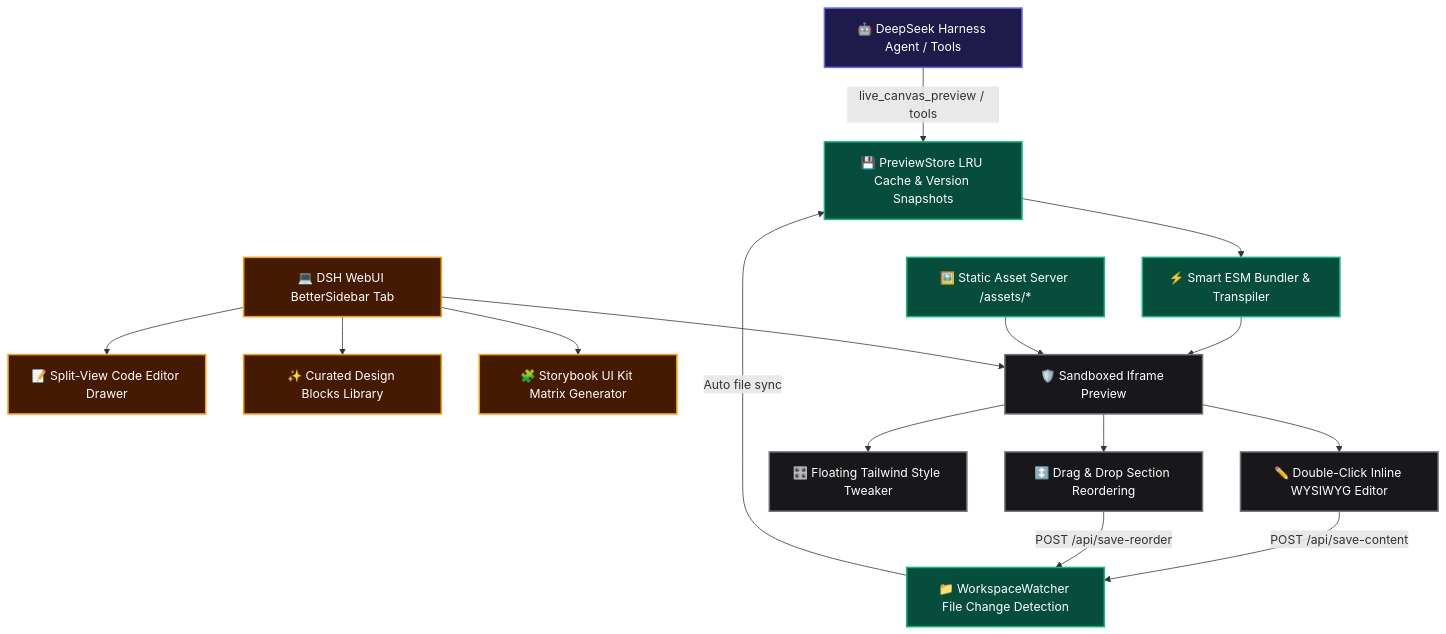
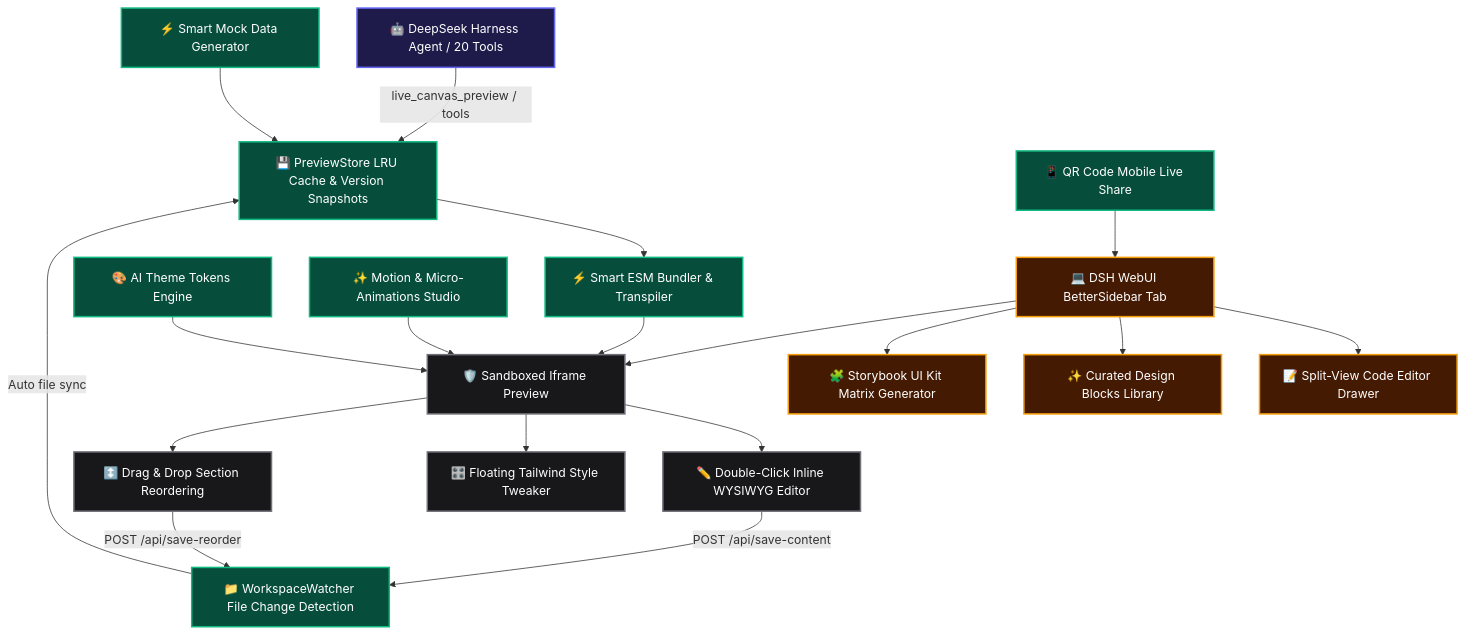
One commit to GooDAnDReaDY/dsh-live-canvas changed the diagram in README.md. Above: the diagram before and after it, drawn with Mermaid. The commit also changed other lines of this file and 13 other files, not shown here.

First line of the commit message:
feat(batch3): Pro Studio expansion — AI Theme Engine, Visual Regression Audit, Motion Studio, Smart Mock Generator, QR Code Share (#70, #71, #72, #73, #74)

````diff
--- a/README.md
+++ b/README.md
@@ -42,40 +42,46 @@
 ```mermaid
 graph TD
     classDef agent fill:#1e1b4b,stroke:#6366f1,stroke-width:2px,color:#fff;
     classDef core fill:#064e3b,stroke:#10b981,stroke-width:2px,color:#fff;
     classDef ui fill:#451a03,stroke:#f59e0b,stroke-width:2px,color:#fff;
     classDef sandbox fill:#18181b,stroke:#71717a,stroke-width:2px,color:#fff;
 
-    Agent[🤖 DeepSeek Harness Agent / Tools]:::agent
+    Agent[🤖 DeepSeek Harness Agent / 20 Tools]:::agent
     Store[💾 PreviewStore LRU Cache & Version Snapshots]:::core
     Watcher[📁 WorkspaceWatcher File Change Detection]:::core
     Bundler[⚡ Smart ESM Bundler & Transpiler]:::core
-    StaticAsset[🖼️ Static Asset Server /assets/*]:::core
+    Themes[🎨 AI Theme Tokens Engine]:::core
+    Faker[⚡ Smart Mock Data Generator]:::core
+    Motion[✨ Motion & Micro-Animations Studio]:::core
+    Share[📱 QR Code Mobile Live Share]:::core
 
     WebUI[💻 DSH WebUI BetterSidebar Tab]:::ui
     EditorDrawer[📝 Split-View Code Editor Drawer]:::ui
     BlocksModal[✨ Curated Design Blocks Library]:::ui
     Storybook[🧩 Storybook UI Kit Matrix Generator]:::ui
 
     SandboxFrame[🛡️ Sandboxed Iframe Preview]:::sandbox
     WYSIWYG[✏️ Double-Click Inline WYSIWYG Editor]:::sandbox
     StyleTweaker[🎛️ Floating Tailwind Style Tweaker]:::sandbox
     DnD[↕️ Drag & Drop Section Reordering]:::sandbox
 
     Agent -->|live_canvas_preview / tools| Store
     Watcher -->|Auto file sync| Store
     Store --> Bundler
+    Themes --> SandboxFrame
+    Motion --> SandboxFrame
+    Faker --> Store
+    Share --> WebUI
     Bundler --> SandboxFrame
-    StaticAsset --> SandboxFrame
 
     WebUI --> EditorDrawer
     WebUI --> BlocksModal
     WebUI --> Storybook
     WebUI --> SandboxFrame
 
     SandboxFrame --> WYSIWYG
     SandboxFrame --> StyleTweaker
     SandboxFrame --> DnD
     WYSIWYG -->|POST /api/save-content| Watcher
     DnD -->|POST /api/save-reorder| Watcher
 ```
````
